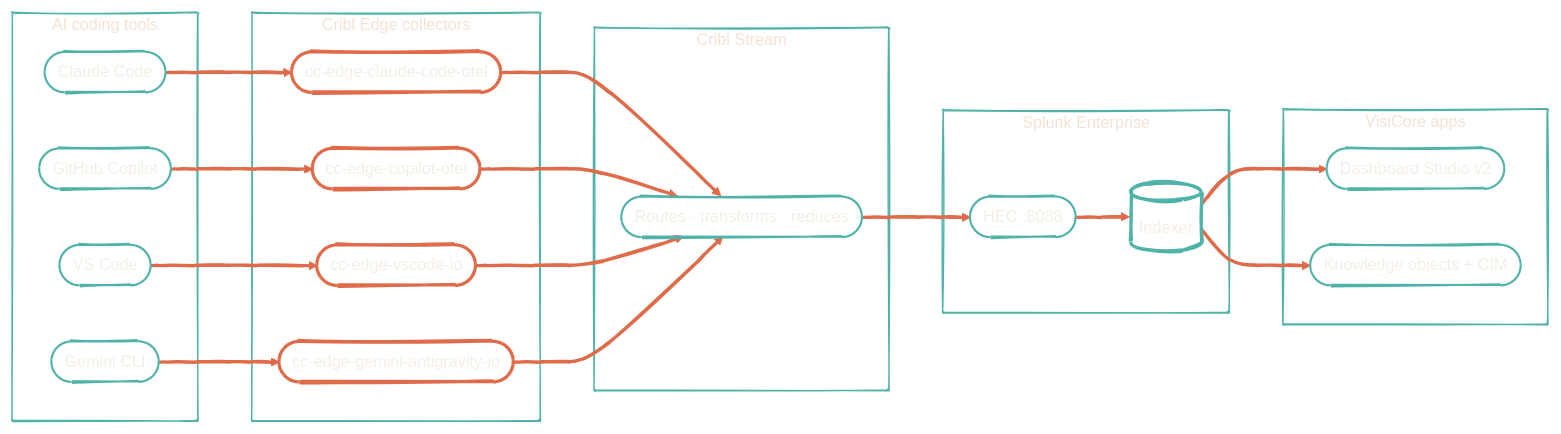
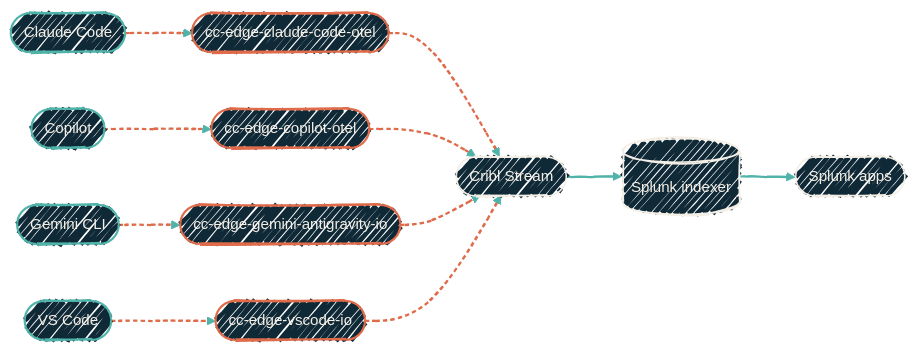
Before and after one commit to dryvist/docs: the diagram in observability/overview.mdx, drawn with Mermaid. The commit also changed other lines of this file and 45 other files, not shown here.

````diff
--- a/observability/overview.mdx
+++ b/observability/overview.mdx
@@ -13,54 +16,34 @@
 ```mermaid
-%%{init: {'theme':'base','look':'handDrawn','themeVariables':{'primaryColor':'#4FB3A9','primaryTextColor':'#F4EFE6','primaryBorderColor':'#2F7E78','lineColor':'#E06B4A','secondaryColor':'#102937','tertiaryColor':'#0B1D2A','clusterBkg':'transparent','clusterBorder':'#4FB3A9','fontFamily':'Geist','fontSize':'15px'}}}%%
+%%{init: {'theme':'base','look':'handDrawn','themeVariables':{'fontFamily':'Geist','fontSize':'14px','primaryColor':'#102937','primaryTextColor':'#F4EFE6','primaryBorderColor':'#4FB3A9','lineColor':'#4FB3A9','secondaryColor':'#0B1D2A','tertiaryColor':'#1A2A38','clusterBkg':'rgba(79,179,169,0.08)','clusterBorder':'#4FB3A9'}}}%%
 flowchart LR
-  subgraph Tools["AI coding tools"]
-    Claude(["Claude Code"])
-    Copilot(["GitHub Copilot"])
-    Gemini(["Gemini CLI"])
-    VSCode(["VS Code"])
-  end
+  Claude([Claude Code])
+  Copilot([Copilot])
+  Gemini([Gemini CLI])
+  VSC([VS Code])
 
-  subgraph Collect["Cribl Edge collectors"]
-    cco(["cc-edge-claude-code-otel"])
-    ccp(["cc-edge-copilot-otel"])
-    ccv(["cc-edge-vscode-io"])
-    cag(["cc-edge-gemini-antigravity-io"])
-  end
+  CCO([cc-edge-claude-code-otel])
+  CCP([cc-edge-copilot-otel])
+  CAG([cc-edge-gemini-antigravity-io])
+  CCV([cc-edge-vscode-io])
 
-  subgraph Route["Cribl Stream"]
-    Stream(["Routes · transforms · reduces"])
-  end
+  Stream([Cribl Stream])
+  SP[(Splunk indexer)]
+  App([Splunk apps])
 
-  subgraph Store["Splunk Enterprise"]
-    HEC(["HEC :8088"])
-    Index[("Indexer")]
-  end
+  Claude --> CCO --> Stream
+  Copilot --> CCP --> Stream
+  Gemini --> CAG --> Stream
+  VSC --> CCV --> Stream
+  Stream --> SP --> App
 
-  subgraph View["VisiCore apps"]
-    App(["Dashboard Studio v2"])
-    TA(["Knowledge objects + CIM"])
-  end
+  classDef tool  fill:#102937,stroke:#4FB3A9,stroke-width:2px,color:#F4EFE6;
+  classDef pack  fill:#102937,stroke:#E06B4A,stroke-width:2px,color:#F4EFE6;
+  classDef route fill:#102937,stroke:#F4EFE6,stroke-width:1.5px,color:#F4EFE6;
 
-  Claude --> cco --> Stream
-  Copilot --> ccp --> Stream
-  VSCode --> ccv --> Stream
-  Gemini --> cag --> Stream
-  Stream --> HEC --> Index --> App
-  Index --> TA
+  class Claude,Copilot,Gemini,VSC tool
+  class CCO,CCP,CAG,CCV pack
+  class Stream,SP,App route
 
-  style Claude fill:transparent,stroke:#4FB3A9,stroke-width:2px,color:#F4EFE6
-  style Copilot fill:transparent,stroke:#4FB3A9,stroke-width:2px,color:#F4EFE6
-  style Gemini fill:transparent,stroke:#4FB3A9,stroke-width:2px,color:#F4EFE6
-  style VSCode fill:transparent,stroke:#4FB3A9,stroke-width:2px,color:#F4EFE6
-  style cco fill:transparent,stroke:#E06B4A,stroke-width:3px,color:#F4EFE6
-  style ccp fill:transparent,stroke:#E06B4A,stroke-width:3px,color:#F4EFE6
-  style ccv fill:transparent,stroke:#E06B4A,stroke-width:3px,color:#F4EFE6
-  style cag fill:transparent,stroke:#E06B4A,stroke-width:3px,color:#F4EFE6
-  style Stream fill:transparent,stroke:#4FB3A9,stroke-width:2px,color:#F4EFE6
-  style HEC fill:transparent,stroke:#4FB3A9,stroke-width:2px,color:#F4EFE6
-  style Index fill:transparent,stroke:#4FB3A9,stroke-width:3px,color:#F4EFE6
-  style App fill:transparent,stroke:#4FB3A9,stroke-width:2px,color:#F4EFE6
-  style TA fill:transparent,stroke:#4FB3A9,stroke-width:2px,color:#F4EFE6
-
-  linkStyle default stroke:#E06B4A,stroke-width:3px
+  linkStyle 0,1,2,3,4,5,6,7 stroke:#E06B4A,stroke-width:2px,stroke-dasharray:4 3;
+  linkStyle 8,9 stroke:#4FB3A9,stroke-width:2px;
 ```
````
